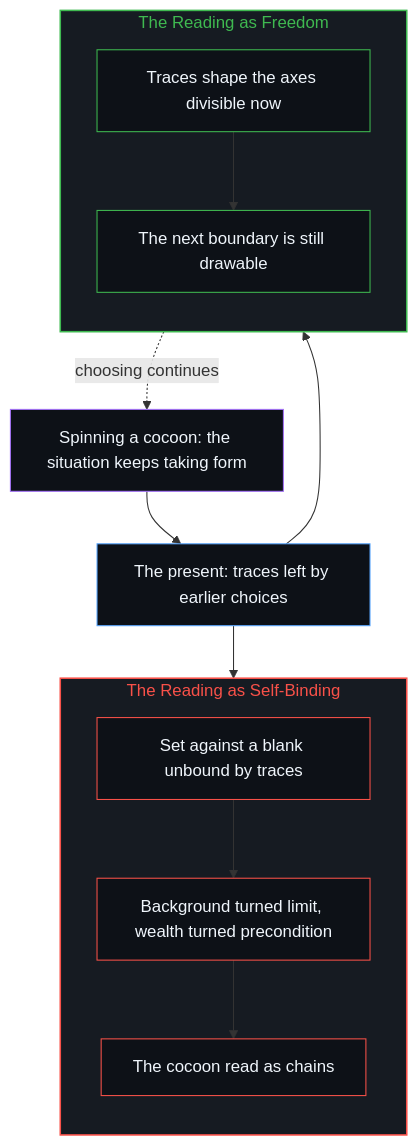
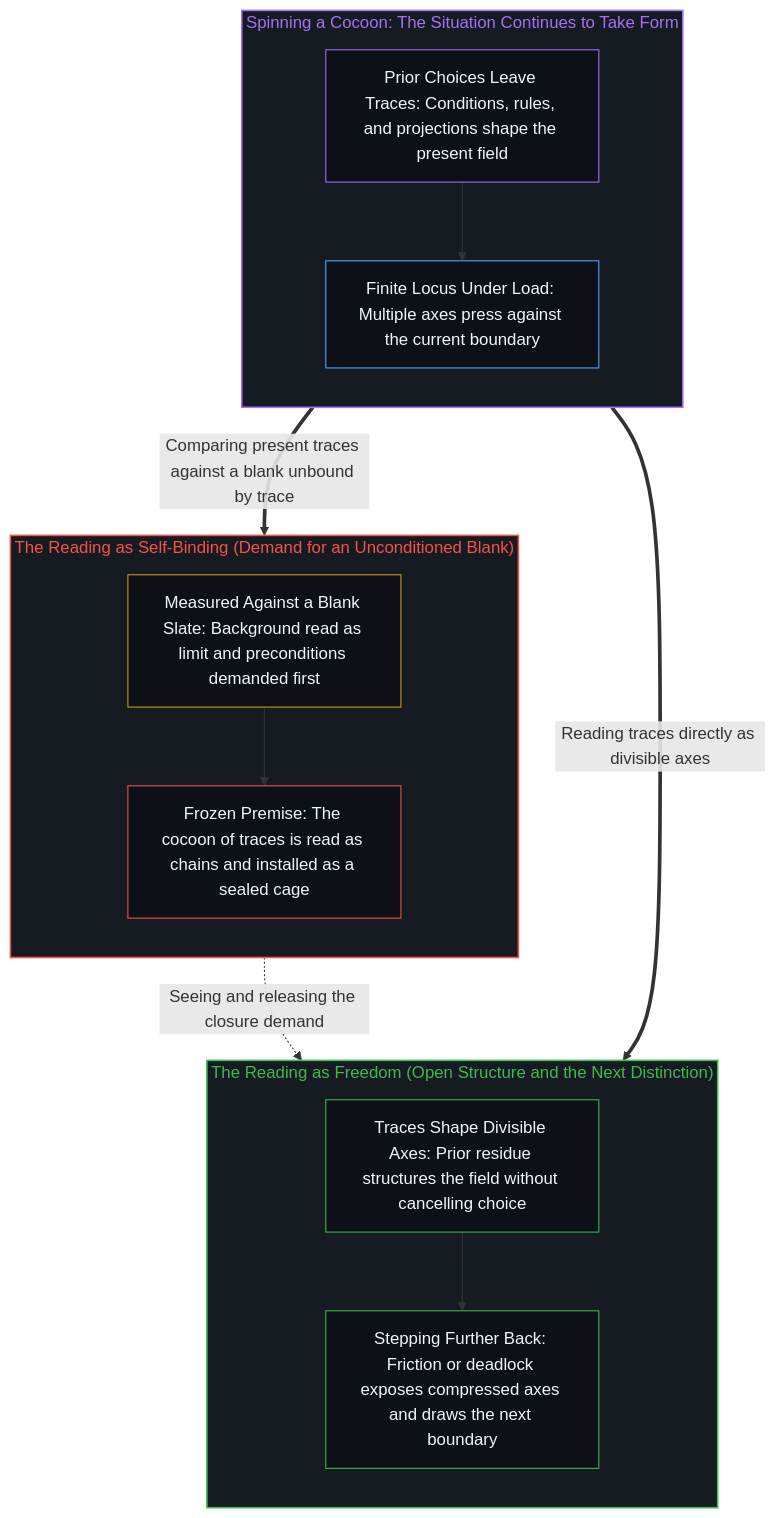
One commit to powerpig99/not-a-toe changed the second of 2 diagrams in content/posts/zuo-jian-bu-shi-zi-fu.md. Above: the diagram before and after it, drawn with Mermaid. The commit also changed other lines of this file and 1 other file, not shown here.

````diff
--- a/content/posts/zuo-jian-bu-shi-zi-fu.md
+++ b/content/posts/zuo-jian-bu-shi-zi-fu.md
@@ -57,29 +69,37 @@
 ```mermaid
 flowchart TD
-    C["Spinning a cocoon: the situation keeps taking form"]
-    T["The present: traces left by earlier choices"]
-    subgraph S_Free["The Reading as Freedom"]
+    subgraph S_Form["Spinning a Cocoon: The Situation Continues to Take Form"]
         direction TB
-        F1["Traces shape the axes divisible now"]
-        F2["The next boundary is still drawable"]
+        C["Prior Choices Leave Traces: Conditions, rules, and projections shape the present field"]
+        T["Finite Locus Under Load: Multiple axes press against the current boundary"]
+        C --> T
     end
-    subgraph S_Chain["The Reading as Self-Binding"]
+
+    subgraph S_Chain["The Reading as Self-Binding (Demand for an Unconditioned Blank)"]
         direction TB
-        B1["Set against a blank unbound by traces"]
-        B2["Background turned limit, wealth turned precondition"]
-        B3["The cocoon read as chains"]
+        B1["Measured Against a Blank Slate: Background read as limit and preconditions demanded first"]
+        B2["Frozen Premise: The cocoon of traces is read as chains and installed as a sealed cage"]
+        B1 --> B2
     end
-    C --> T
-    T --> F1 --> F2
-    T --> B1 --> B2 --> B3
-    F2 -.->|"choosing continues"| C
+
+    subgraph S_Free["The Reading as Freedom (Open Structure and the Next Distinction)"]
+        direction TB
+        F1["Traces Shape Divisible Axes: Prior residue structures the field without cancelling choice"]
+        F2["Stepping Further Back: Friction or deadlock exposes compressed axes and draws the next boundary"]
+        F1 --> F2
+    end
+
+    T ==>|"Reading traces directly as divisible axes"| F1
+    T ==>|"Comparing present traces against a blank unbound by trace"| B1
+    B2 -.->|"Seeing and releasing the closure demand"| F1
+
+    style S_Form fill:#161b22,stroke:#a371f7,stroke-width:1.5px,color:#a371f7
+    style S_Chain fill:#161b22,stroke:#f85149,stroke-width:1.5px,color:#f85149
     style S_Free fill:#161b22,stroke:#3fb950,stroke-width:1.5px,color:#3fb950
-    style S_Chain fill:#161b22,stroke:#f85149,stroke-width:1.5px,color:#f85149
     style C fill:#0d1117,stroke:#a371f7,stroke-width:1px,color:#f0f6fc
     style T fill:#0d1117,stroke:#58a6ff,stroke-width:1px,color:#f0f6fc
+    style B1 fill:#0d1117,stroke:#d29922,stroke-width:1px,color:#f0f6fc
+    style B2 fill:#0d1117,stroke:#f85149,stroke-width:1px,color:#f0f6fc
     style F1 fill:#0d1117,stroke:#3fb950,stroke-width:1px,color:#f0f6fc
     style F2 fill:#0d1117,stroke:#3fb950,stroke-width:1px,color:#f0f6fc
-    style B1 fill:#0d1117,stroke:#f85149,stroke-width:1px,color:#f0f6fc
-    style B2 fill:#0d1117,stroke:#f85149,stroke-width:1px,color:#f0f6fc
-    style B3 fill:#0d1117,stroke:#f85149,stroke-width:1px,color:#f0f6fc
 ```
````
